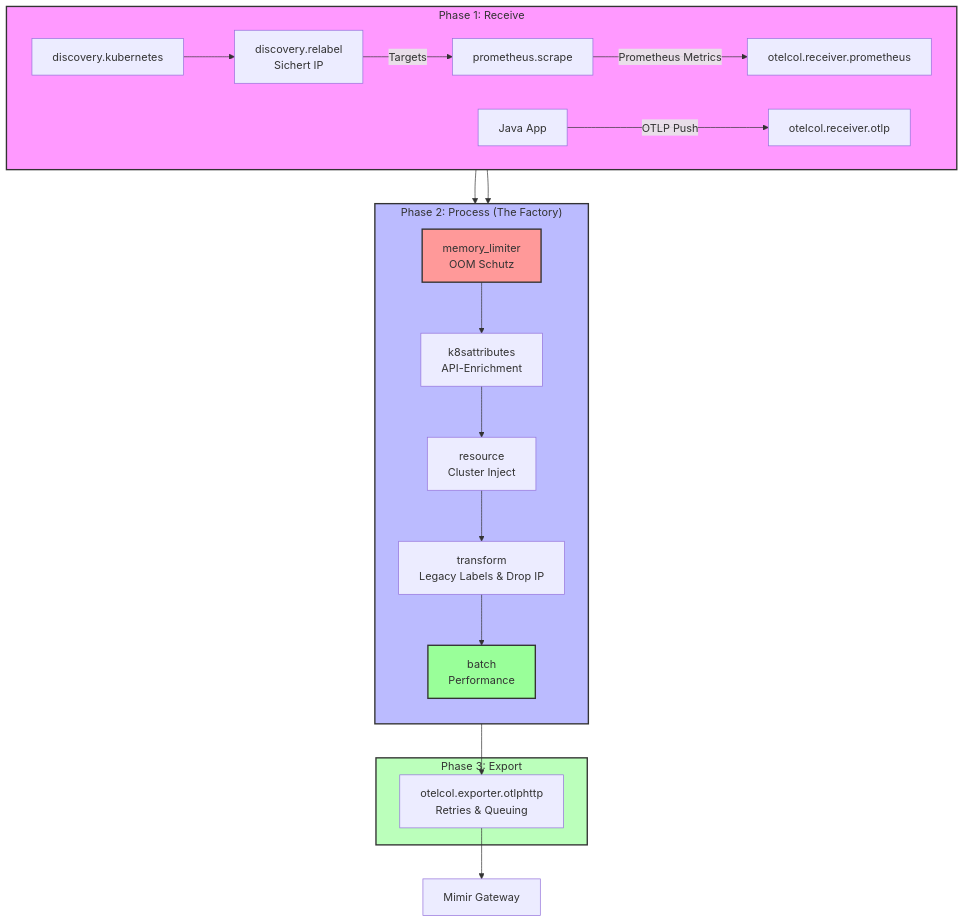
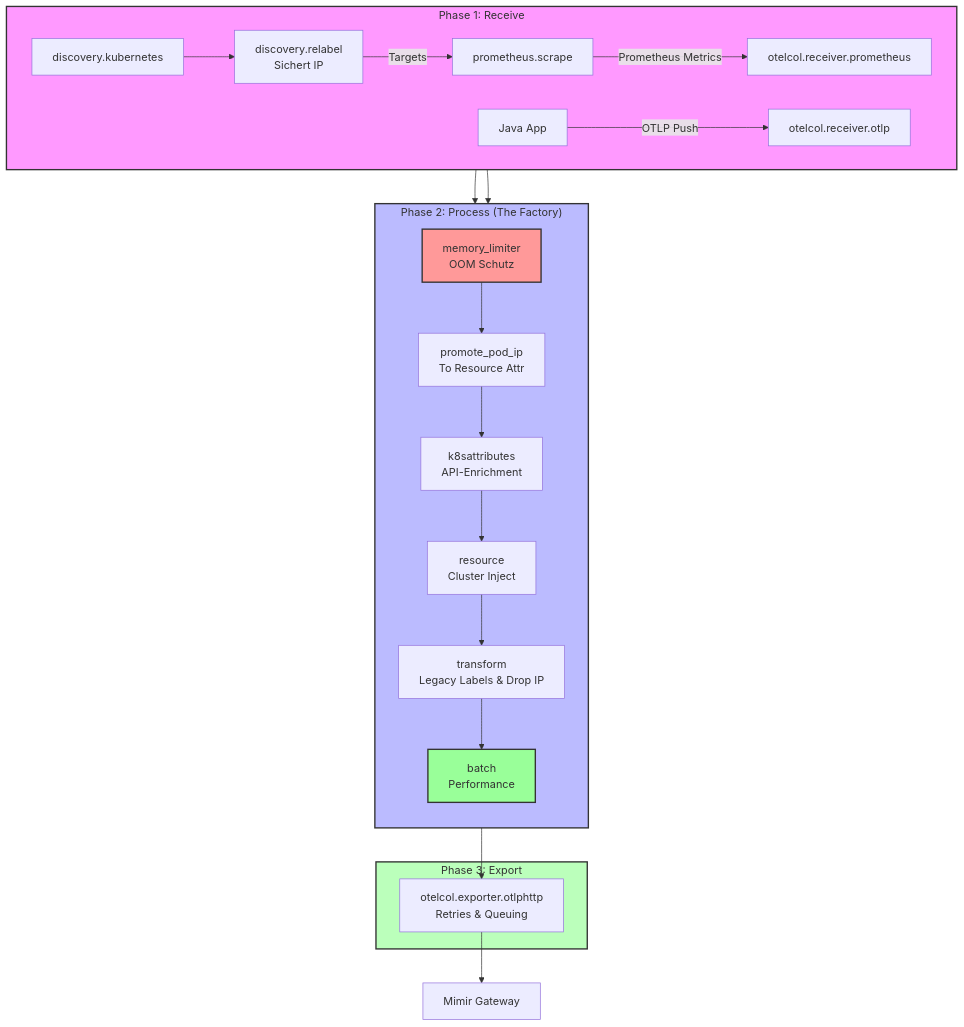
One commit to saadisfy/bwcloud-gitops changed the diagram in docs/data-pipeline-concept.md. Above: the diagram before and after it, drawn with Mermaid. The commit also changed other lines of this file, not shown here.

Commit message:
docs(alloy): final architectural, configuration and documentation fixes

````diff
--- a/docs/data-pipeline-concept.md
+++ b/docs/data-pipeline-concept.md
@@ -230,36 +251,37 @@
 ```mermaid
 flowchart TB
     subgraph Phase1["Phase 1: Receive"]
         direction LR
         SD[discovery.kubernetes] --> RL[discovery.relabel<br/>Sichert IP]
         RL -- "Targets" --> PS[prometheus.scrape]
         PS -- "Prometheus Metrics" --> RP[otelcol.receiver.prometheus]
         
         APP[Java App] -- "OTLP Push" --> RO[otelcol.receiver.otlp]
     end
 
     subgraph Phase2["Phase 2: Process (The Factory)"]
         direction TB
-        ML[memory_limiter<br/>OOM Schutz] --> KA[k8sattributes<br/>API-Enrichment]
+        ML[memory_limiter<br/>OOM Schutz] --> PP[promote_pod_ip<br/>To Resource Attr]
+        PP --> KA[k8sattributes<br/>API-Enrichment]
         KA --> RS[resource<br/>Cluster Inject]
         RS --> TF[transform<br/>Legacy Labels & Drop IP]
         TF --> BA[batch<br/>Performance]
     end
 
     subgraph Phase3["Phase 3: Export"]
         OTLP[otelcol.exporter.otlphttp<br/>Retries & Queuing]
     end
 
     %% Connections
     RP --> ML
     RO --> ML
     BA --> OTLP
     OTLP --> GW[Mimir Gateway]
 
     %% Styling
     style Phase1 fill:#f9f,stroke:#333,stroke-width:2px
     style Phase2 fill:#bbf,stroke:#333,stroke-width:2px
     style Phase3 fill:#bfb,stroke:#333,stroke-width:2px
     style ML fill:#ff9999,stroke:#333,stroke-width:2px
     style BA fill:#99ff99,stroke:#333,stroke-width:2px
 ```
````
